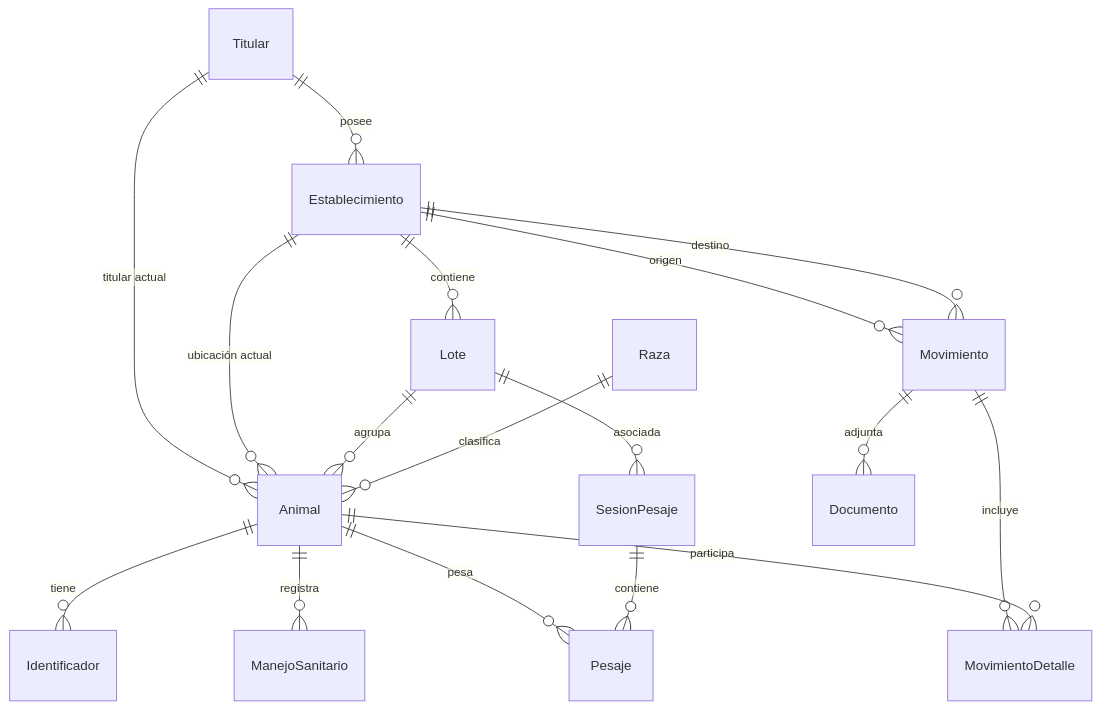
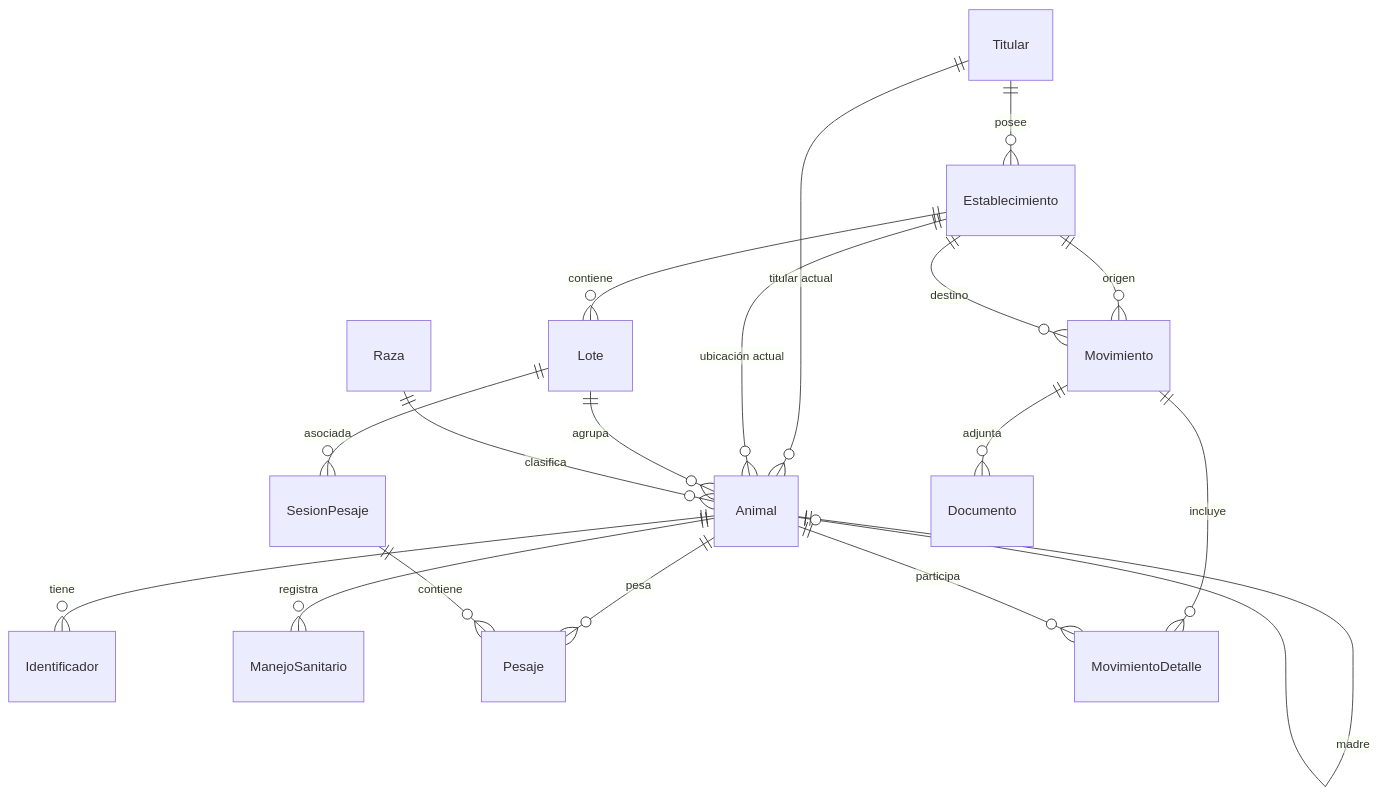
The second of 2 diagrams in docs/ARCHITECTURE.md (J4t1x/mi-ganado), drawn with Mermaid before and after one commit. The commit also changed other lines of this file and 7 other files, not shown here.

````diff
--- a/docs/ARCHITECTURE.md
+++ b/docs/ARCHITECTURE.md
@@ -62,19 +68,21 @@
 ```mermaid
 erDiagram
     Titular ||--o{ Establecimiento : "posee"
     Titular ||--o{ Animal : "titular actual"
     Establecimiento ||--o{ Animal : "ubicación actual"
     Establecimiento ||--o{ Lote : "contiene"
     Lote ||--o{ Animal : "agrupa"
     Animal ||--o{ Identificador : "tiene"
     Animal ||--o{ ManejoSanitario : "registra"
+    Animal ||--o| Animal : "padre"
+    Animal ||--o| Animal : "madre"
     Animal ||--o{ Pesaje : "pesa"
     SesionPesaje ||--o{ Pesaje : "contiene"
     Lote ||--o{ SesionPesaje : "asociada"
     Movimiento ||--o{ MovimientoDetalle : "incluye"
     Movimiento ||--o{ Documento : "adjunta"
     Animal ||--o{ MovimientoDetalle : "participa"
     Establecimiento ||--o{ Movimiento : "origen"
     Establecimiento ||--o{ Movimiento : "destino"
     Raza ||--o{ Animal : "clasifica"
 ```
````
